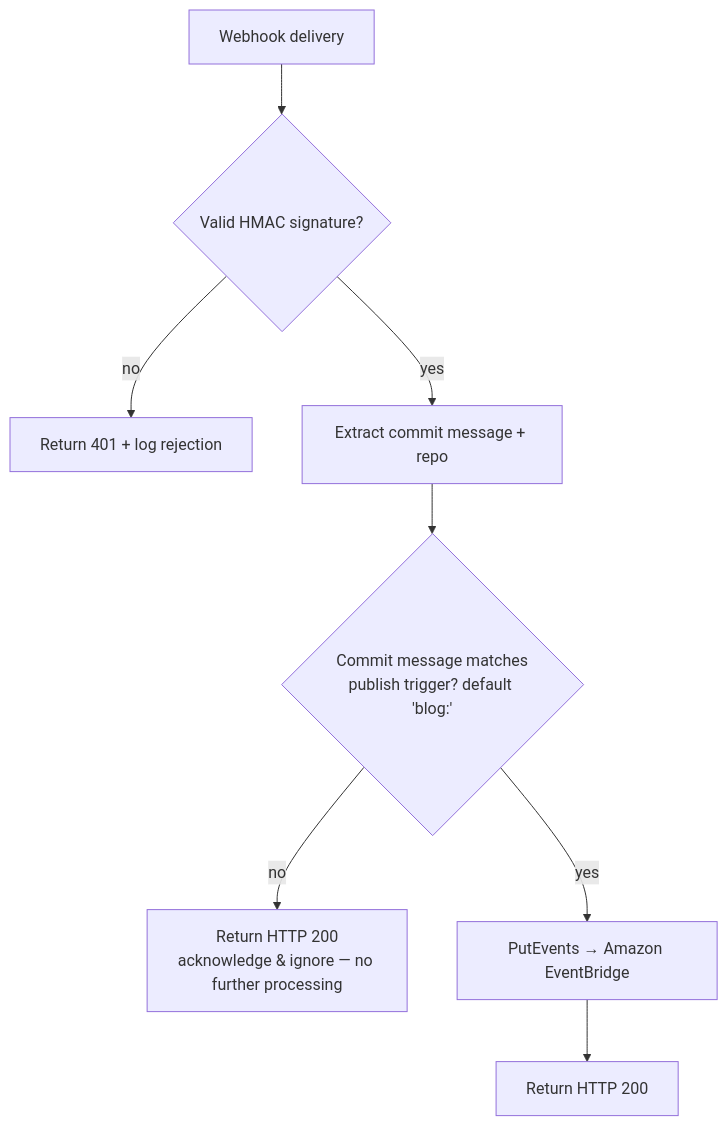
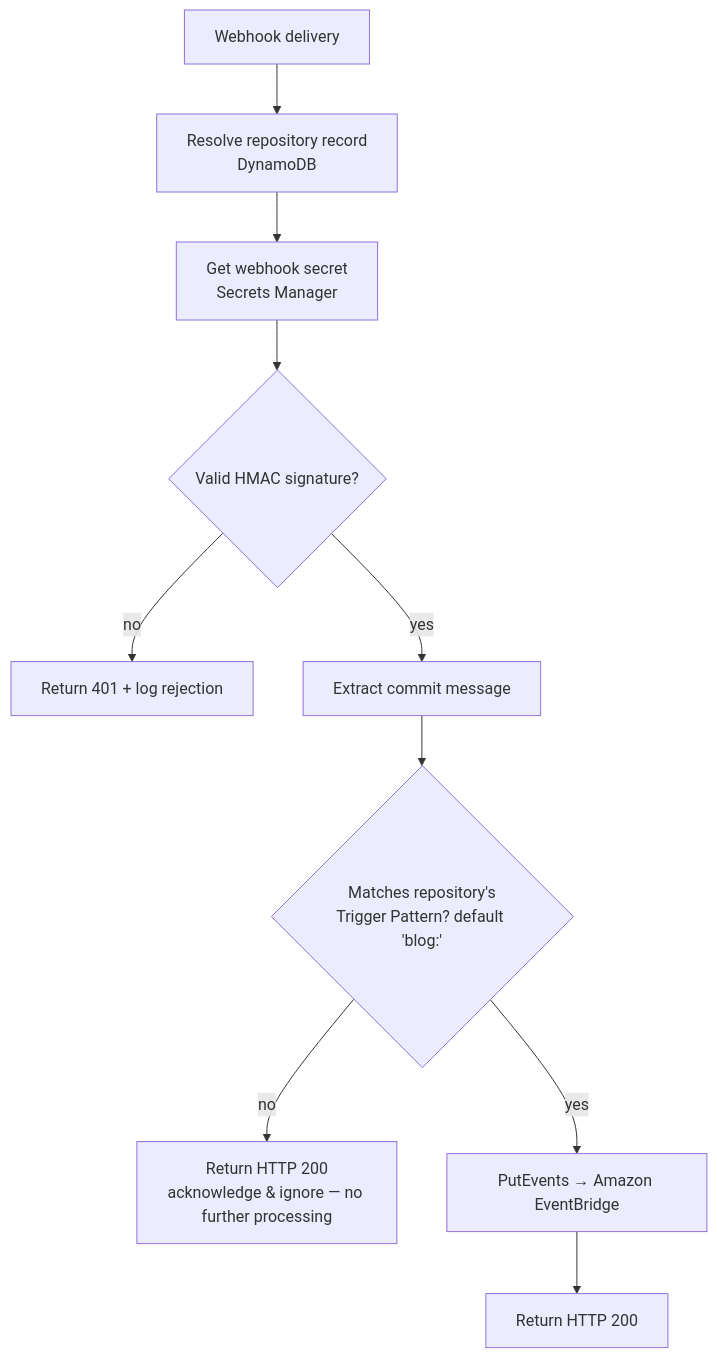
One commit to teddynted/ai-github-repository-blog-generator changed the second of 7 diagrams in docs/architecture.md. Above: the diagram before and after it, drawn with Mermaid. The commit also changed other lines of this file and 12 other files, not shown here.

````diff
--- a/docs/architecture.md
+++ b/docs/architecture.md
@@ -26,10 +60,12 @@
 ```mermaid
 flowchart TB
-    W[Webhook delivery] --> SIG{Valid HMAC signature?}
+    W[Webhook delivery] --> LK[Resolve repository record<br/>DynamoDB]
+    LK --> GS[Get webhook secret<br/>Secrets Manager]
+    GS --> SIG{Valid HMAC signature?}
     SIG -- no --> R401[Return 401 + log rejection]
-    SIG -- yes --> EX[Extract commit message + repo]
-    EX --> T{Commit message matches<br/>publish trigger? default 'blog:'}
+    SIG -- yes --> EX[Extract commit message]
+    EX --> T{Matches repository's<br/>Trigger Pattern? default 'blog:'}
     T -- no --> ACK[Return HTTP 200<br/>acknowledge & ignore — no further processing]
     T -- yes --> PUT[PutEvents → Amazon EventBridge]
     PUT --> OK[Return HTTP 200]
 ```
````
